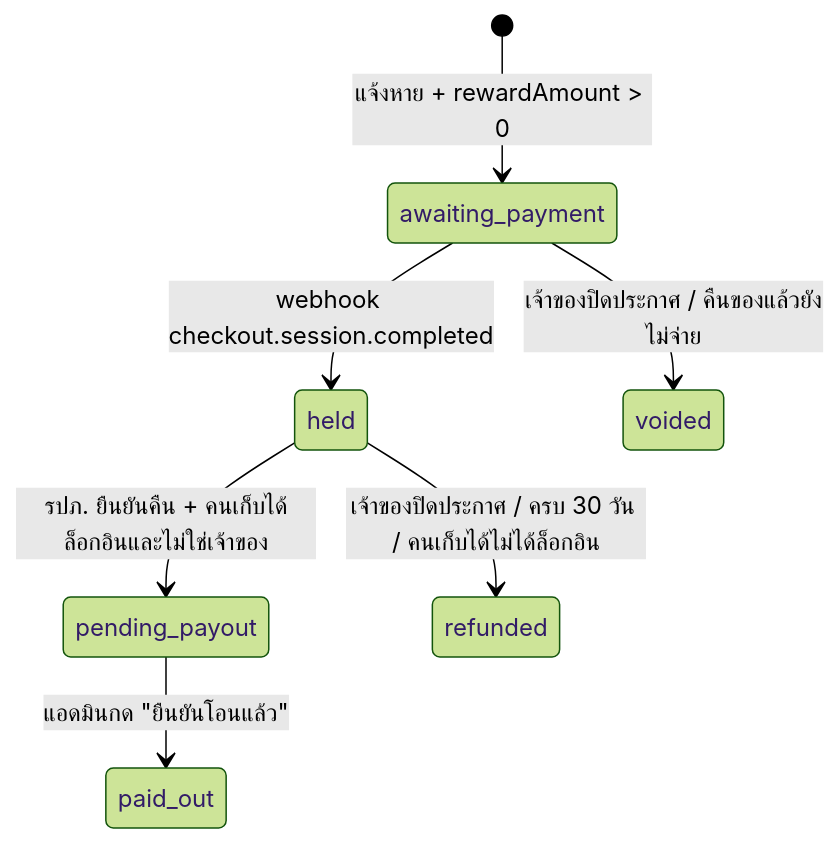
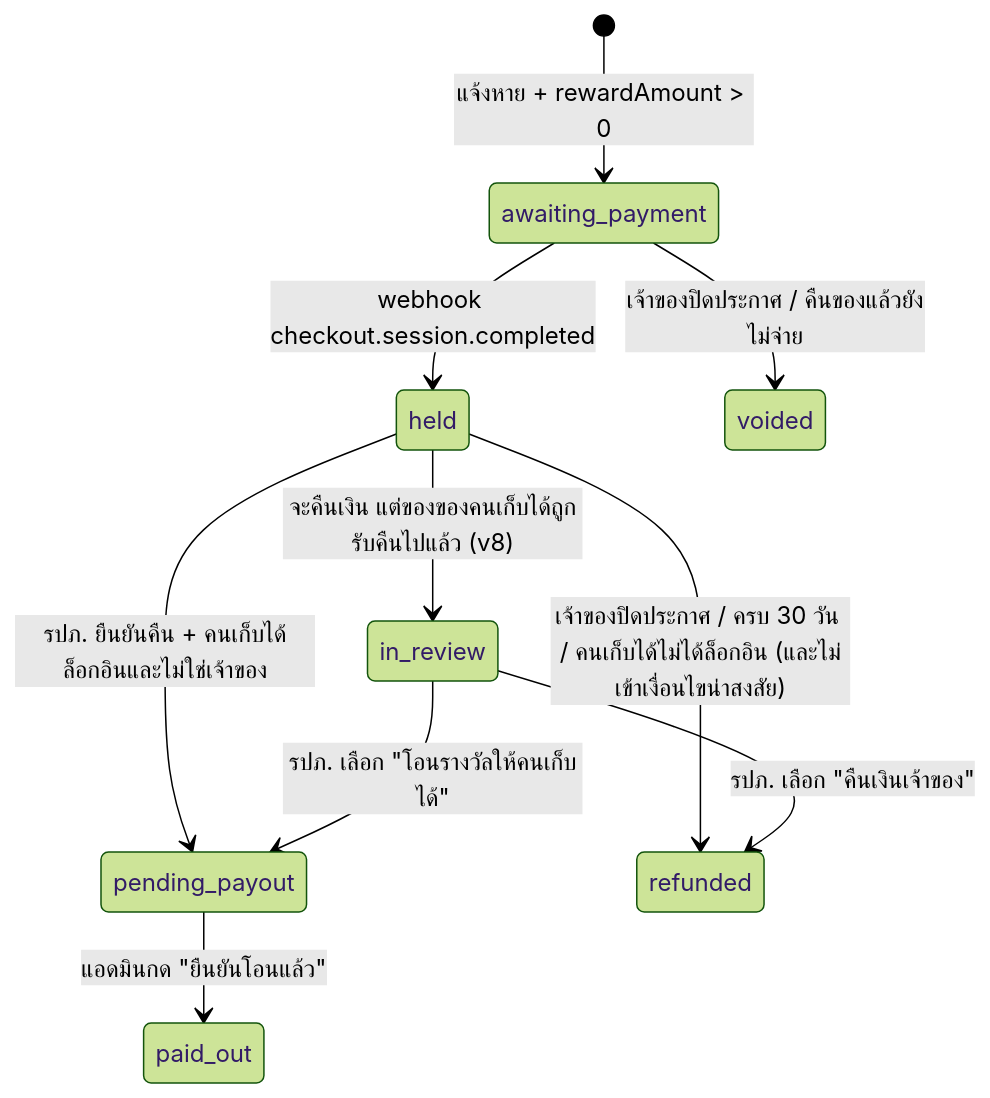
The second of 2 diagrams in docs/API_CONTRACT.md (darunpob/cs446_FinalProject), drawn with Mermaid (forest theme) before and after one commit. The commit also changed other lines of this file and 22 other files, not shown here.

````diff
--- a/docs/API_CONTRACT.md
+++ b/docs/API_CONTRACT.md
@@ -146,9 +155,12 @@
 ```mermaid
 stateDiagram-v2
   [*] --> awaiting_payment: แจ้งหาย + rewardAmount > 0
   awaiting_payment --> held: webhook checkout.session.completed
   awaiting_payment --> voided: เจ้าของปิดประกาศ / คืนของแล้วยังไม่จ่าย
   held --> pending_payout: รปภ. ยืนยันคืน + คนเก็บได้ล็อกอินและไม่ใช่เจ้าของ
-  held --> refunded: เจ้าของปิดประกาศ / ครบ 30 วัน / คนเก็บได้ไม่ได้ล็อกอิน
+  held --> refunded: เจ้าของปิดประกาศ / ครบ 30 วัน / คนเก็บได้ไม่ได้ล็อกอิน (และไม่เข้าเงื่อนไขน่าสงสัย)
+  held --> in_review: จะคืนเงิน แต่ของของคนเก็บได้ถูกรับคืนไปแล้ว (v8)
+  in_review --> pending_payout: รปภ. เลือก "โอนรางวัลให้คนเก็บได้"
+  in_review --> refunded: รปภ. เลือก "คืนเงินเจ้าของ"
   pending_payout --> paid_out: แอดมินกด "ยืนยันโอนแล้ว"
 ```
````
